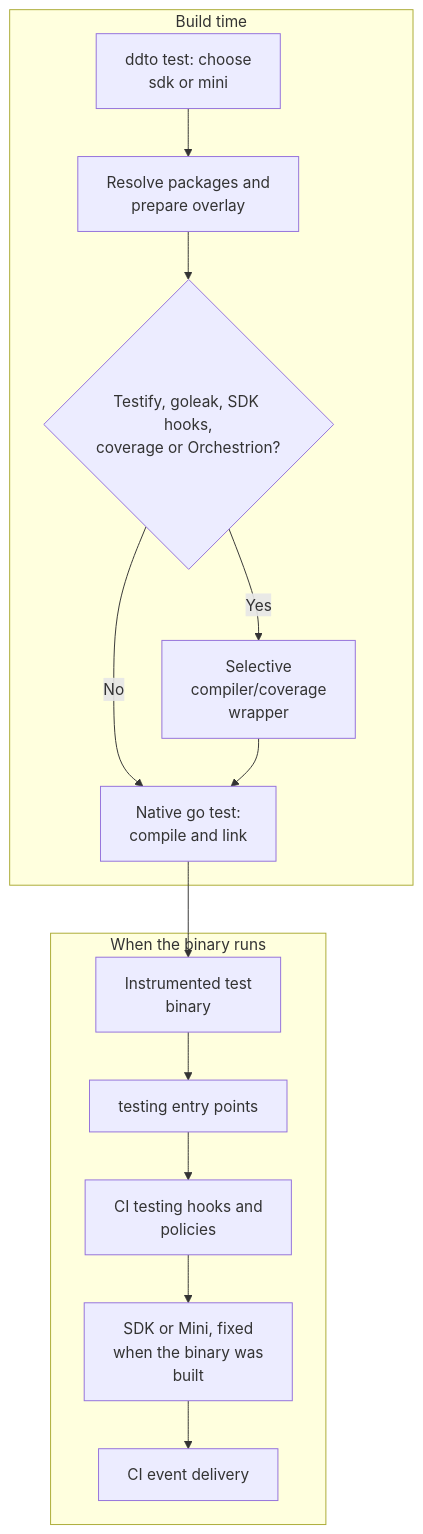
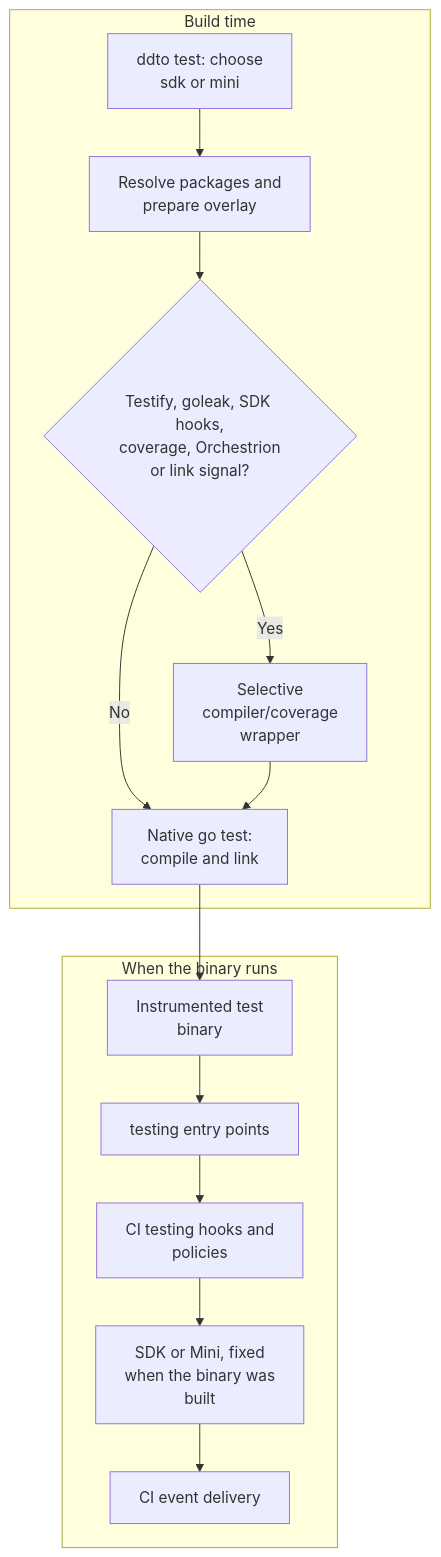
Before and after one commit to DataDog/ddtest: the first of 6 diagrams in ddto/docs/architecture.md, drawn with Mermaid. The commit also changed other lines of this file and 266 other files, not shown here.

````diff
--- a/ddto/docs/architecture.md
+++ b/ddto/docs/architecture.md
@@ -20,17 +22,17 @@
 ```mermaid
 flowchart TB
     subgraph build["Build time"]
         CLI["ddto test: choose<br/>sdk or mini"] --> Plan["Resolve packages and<br/>prepare overlay"]
-        Plan --> Selection{"Testify, goleak, SDK hooks,<br/>coverage or Orchestrion?"}
+        Plan --> Selection{"Testify, goleak, SDK hooks,<br/>coverage, Orchestrion<br/>or link signal?"}
         Selection -->|Yes| Tools["Selective<br/>compiler/coverage<br/>wrapper"]
         Selection -->|No| Go["Native go test:<br/>compile and link"]
         Tools --> Go
     end
     Go --> Binary["Instrumented test<br/>binary"]
     subgraph execution["When the binary runs"]
         Binary --> Testing["testing entry points"]
         Testing --> Hooks["CI testing hooks and<br/>policies"]
         Hooks --> Runtime["SDK or Mini, fixed<br/>when the binary was<br/>built"]
         Runtime --> Output["CI event delivery"]
     end
 ```
````
